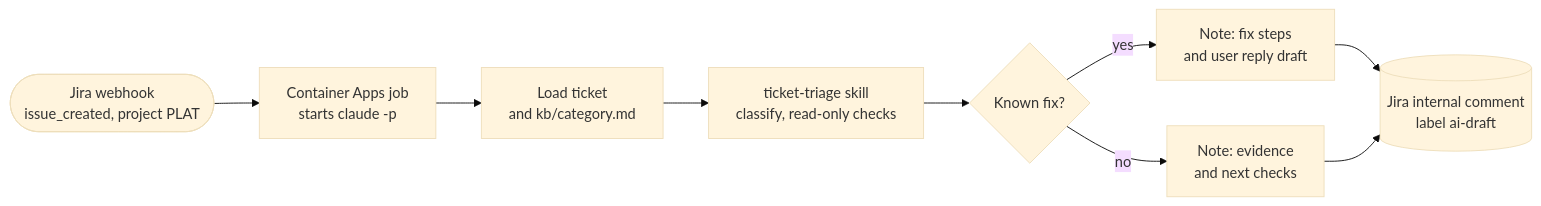
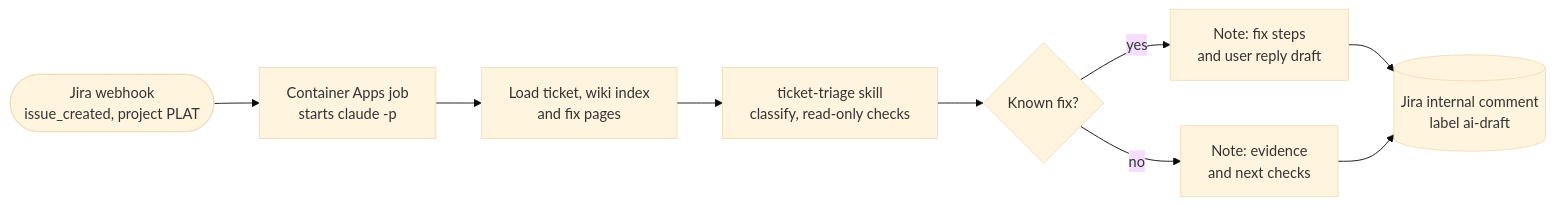
The diagram in examples/master-os/automations/flows/AUT-005-ticket-triage.md (GopalakrishnanBhaskaran/platform-agent-demo), drawn with Mermaid (base theme) before and after one commit. The commit also changed other lines of this file and 31 other files, not shown here.

````diff
--- a/examples/master-os/automations/flows/AUT-005-ticket-triage.md
+++ b/examples/master-os/automations/flows/AUT-005-ticket-triage.md
@@ -5,11 +5,11 @@
 ```mermaid
 flowchart LR
   T([Jira webhook<br/>issue_created, project PLAT]) --> J[Container Apps job<br/>starts claude -p]
-  J --> K[Load ticket<br/>and kb/category.md]
+  J --> K[Load ticket, wiki index<br/>and fix pages]
   K --> X[ticket-triage skill<br/>classify, read-only checks]
   X --> E{Known fix?}
   E -- yes --> N1[Note: fix steps<br/>and user reply draft]
   E -- no --> N2[Note: evidence<br/>and next checks]
   N1 --> C[(Jira internal comment<br/>label ai-draft)]
   N2 --> C
 ```
````
